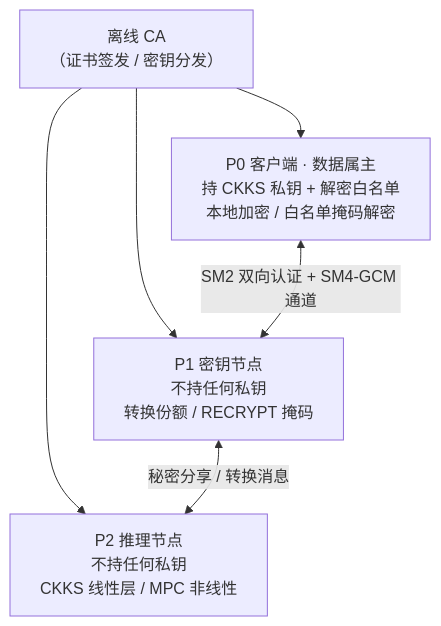
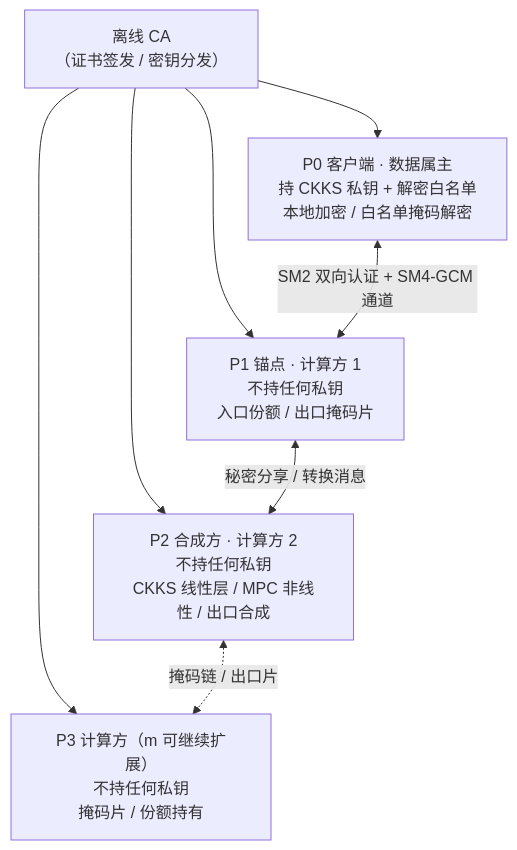
One commit to k4N0SAKU/lyuhan123withConfigurableParameterT changed the first of 2 diagrams in README.md. Above: the diagram before and after it, drawn with Mermaid. The commit also changed other lines of this file and 2 other files, not shown here.

````diff
--- a/README.md
+++ b/README.md
@@ -79,11 +81,14 @@
 ```mermaid
 flowchart TB
   CA["离线 CA<br/>（证书签发 / 密钥分发）"] --> P0
   CA --> P1
   CA --> P2
+  CA --> P3
   P0["P0 客户端 · 数据属主<br/>持 CKKS 私钥 + 解密白名单<br/>本地加密 / 白名单掩码解密"]
-  P1["P1 密钥节点<br/>不持任何私钥<br/>转换份额 / RECRYPT 掩码"]
-  P2["P2 推理节点<br/>不持任何私钥<br/>CKKS 线性层 / MPC 非线性"]
+  P1["P1 锚点 · 计算方 1<br/>不持任何私钥<br/>入口份额 / 出口掩码片"]
+  P2["P2 合成方 · 计算方 2<br/>不持任何私钥<br/>CKKS 线性层 / MPC 非线性 / 出口合成"]
+  P3["P3 计算方（m 可继续扩展）<br/>不持任何私钥<br/>掩码片 / 份额持有"]
   P0 <-->|"SM2 双向认证 + SM4-GCM 通道"| P1
   P1 <-->|"秘密分享 / 转换消息"| P2
+  P2 <-.->|"掩码链 / 出口片"| P3
 ```
````
